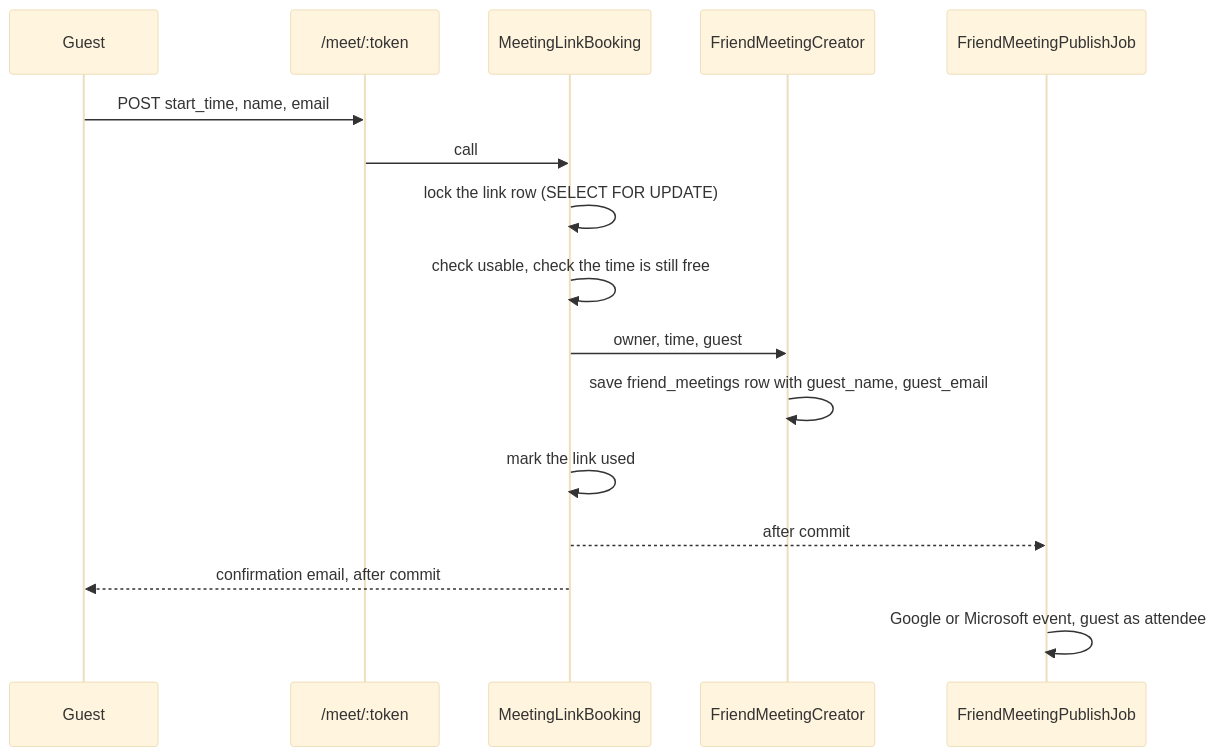
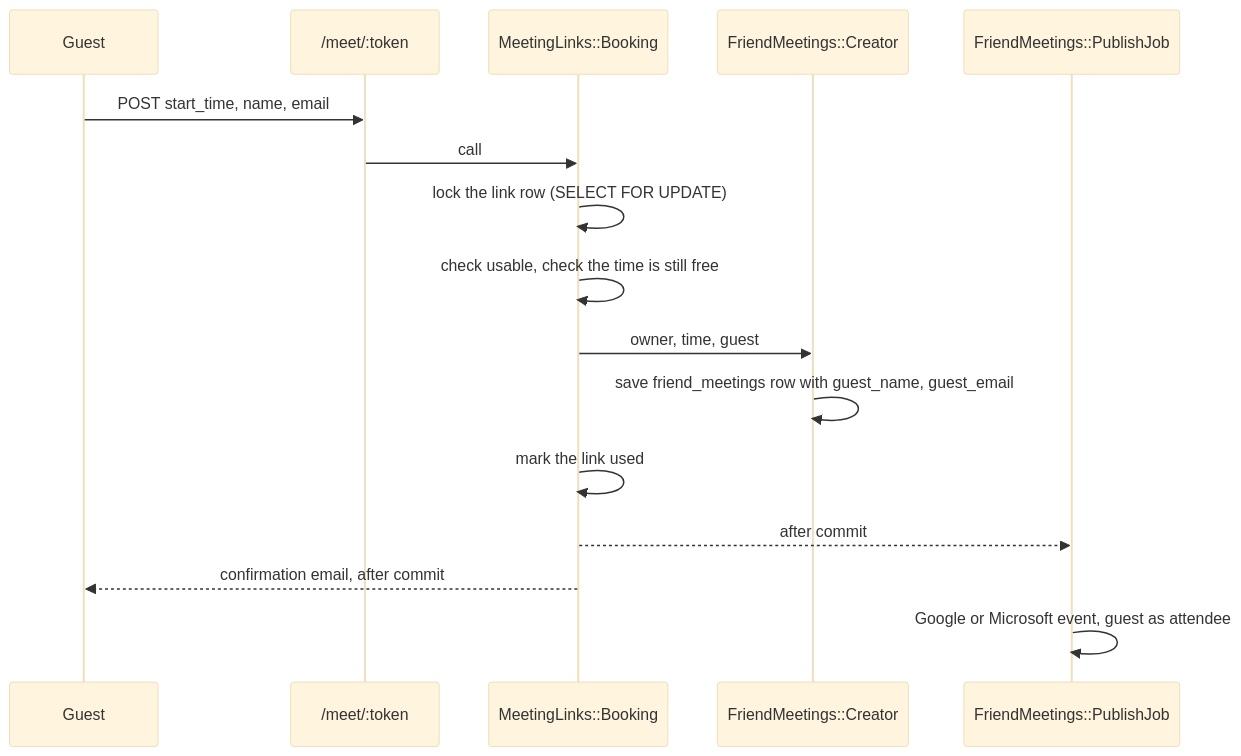
The diagram in docs/meeting-links.md (WITCodingClub/calendar-backend), drawn with Mermaid (base theme) before and after one commit. The commit also changed 56 other files, not shown here.

Commit message:
refactor: move friend meeting, friendship, and meeting link code into its namespace

````diff
--- a/docs/meeting-links.md
+++ b/docs/meeting-links.md
@@ -103,18 +103,18 @@
 ```mermaid
 sequenceDiagram
   participant G as Guest
   participant P as /meet/:token
-  participant B as MeetingLinkBooking
-  participant C as FriendMeetingCreator
-  participant J as FriendMeetingPublishJob
+  participant B as MeetingLinks::Booking
+  participant C as FriendMeetings::Creator
+  participant J as FriendMeetings::PublishJob
   G->>P: POST start_time, name, email
   P->>B: call
   B->>B: lock the link row (SELECT FOR UPDATE)
   B->>B: check usable, check the time is still free
   B->>C: owner, time, guest
   C->>C: save friend_meetings row with guest_name, guest_email
   B->>B: mark the link used
   B-->>J: after commit
   B-->>G: confirmation email, after commit
   J->>J: Google or Microsoft event, guest as attendee
 ```
````
